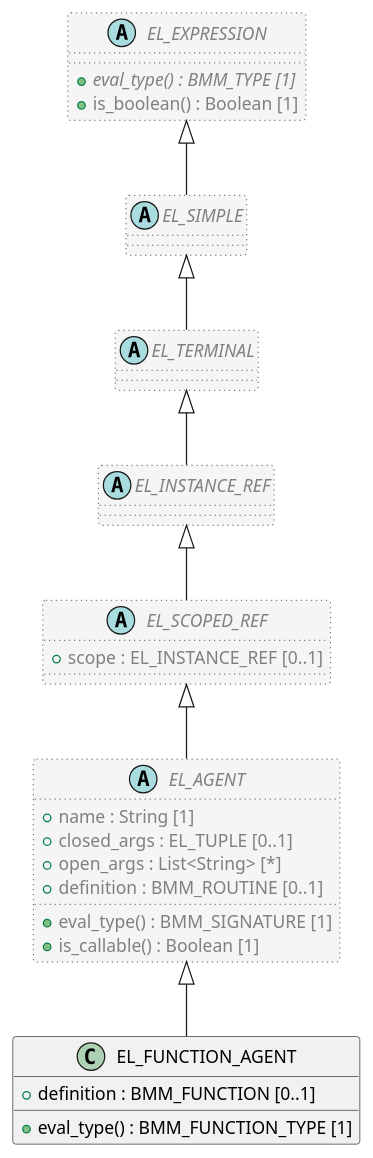
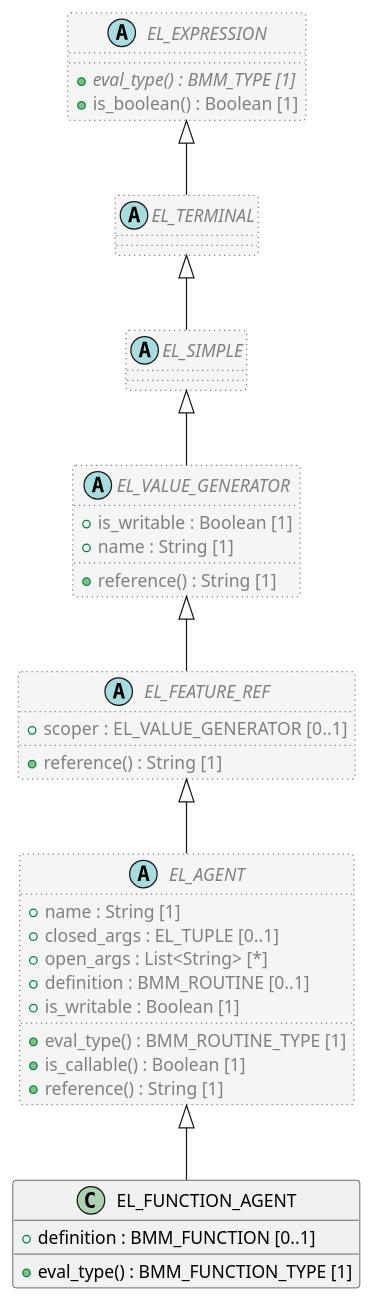
One commit to sebastian-iancu/code-generator changed the diagram in code/Adoc/openehr_lang_1.1.0/plantUML/classes/org.openehr.lang.bmm.el_function_agent.adoc. Above: the diagram before and after it, drawn with PlantUML. The commit also changed 719 other files, not shown here.

```diff
--- a/code/Adoc/openehr_lang_1.1.0/plantUML/classes/org.openehr.lang.bmm.el_function_agent.adoc
+++ b/code/Adoc/openehr_lang_1.1.0/plantUML/classes/org.openehr.lang.bmm.el_function_agent.adoc
@@ -1,51 +1,57 @@
 [plantuml,EL_FUNCTION_AGENT,format=svg,svg-type="inline"]
 -----
 @startuml
 
 class EL_FUNCTION_AGENT {
   + definition : BMM_FUNCTION [0..1]
   + eval_type() : BMM_FUNCTION_TYPE [1]
 }
 
 abstract class EL_AGENT  #whitesmoke;line:gray;line.dotted;text:gray {
   + name : String [1]
   + closed_args : EL_TUPLE [0..1]
   + open_args : List<String> [*]
   + definition : BMM_ROUTINE [0..1]
-  + eval_type() : BMM_SIGNATURE [1]
+  + is_writable : Boolean [1]
+  + eval_type() : BMM_ROUTINE_TYPE [1]
   + is_callable() : Boolean [1]
+  + reference() : String [1]
 }
 
-abstract class EL_SCOPED_REF  #whitesmoke;line:gray;line.dotted;text:gray {
-  + scope : EL_INSTANCE_REF [0..1]
+abstract class EL_FEATURE_REF  #whitesmoke;line:gray;line.dotted;text:gray {
+  + scoper : EL_VALUE_GENERATOR [0..1]
+  + reference() : String [1]
 }
 
-abstract class EL_INSTANCE_REF  #whitesmoke;line:gray;line.dotted;text:gray {
+abstract class EL_VALUE_GENERATOR  #whitesmoke;line:gray;line.dotted;text:gray {
+  + is_writable : Boolean [1]
+  + name : String [1]
+  + reference() : String [1]
+}
+
+abstract class EL_SIMPLE  #whitesmoke;line:gray;line.dotted;text:gray {
 }
 
 abstract class EL_TERMINAL  #whitesmoke;line:gray;line.dotted;text:gray {
-}
-
-abstract class EL_SIMPLE  #whitesmoke;line:gray;line.dotted;text:gray {
 }
 
 abstract class EL_EXPRESSION  #whitesmoke;line:gray;line.dotted;text:gray {
   + {abstract} eval_type() : BMM_TYPE [1]
   + is_boolean() : Boolean [1]
 }
 
-EL_EXPRESSION <|-- EL_SIMPLE
+EL_EXPRESSION <|-- EL_TERMINAL
 
-EL_SIMPLE <|-- EL_TERMINAL
+EL_TERMINAL <|-- EL_SIMPLE
 
-EL_TERMINAL <|-- EL_INSTANCE_REF
+EL_SIMPLE <|-- EL_VALUE_GENERATOR
 
-EL_INSTANCE_REF <|-- EL_SCOPED_REF
+EL_VALUE_GENERATOR <|-- EL_FEATURE_REF
 
-EL_SCOPED_REF <|-- EL_AGENT
+EL_FEATURE_REF <|-- EL_AGENT
 
 EL_AGENT <|-- EL_FUNCTION_AGENT
 
 
 @enduml
 -----
```
